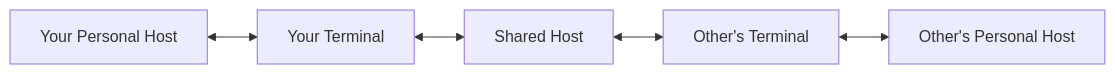
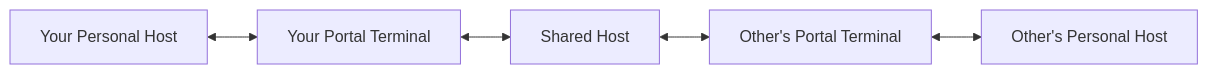
One commit to No-Trade-No-Life/Yuan changed the diagram in ui/docs/docs/protocol/network-layer.md. Above: the diagram before and after it, drawn with Mermaid. The commit also changed other lines of this file and 5 other files, not shown here.

````diff
--- a/ui/docs/docs/protocol/network-layer.md
+++ b/ui/docs/docs/protocol/network-layer.md
@@ -54,7 +157,7 @@
 ```mermaid
 graph LR
-    A[Your Personal Host] <--> B[Your Terminal]
+    A[Your Personal Host] <--> B[Your Portal Terminal]
     B <--> C[Shared Host]
-    C <--> D[Other's Terminal]
+    C <--> D[Other's Portal Terminal]
     D <--> E[Other's Personal Host]
 ```
````
